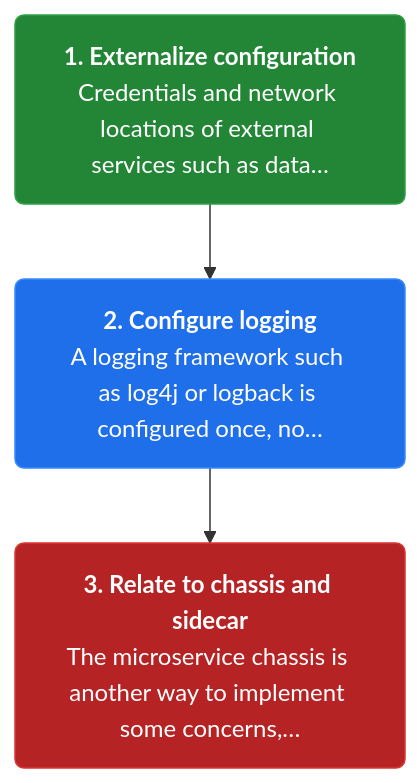
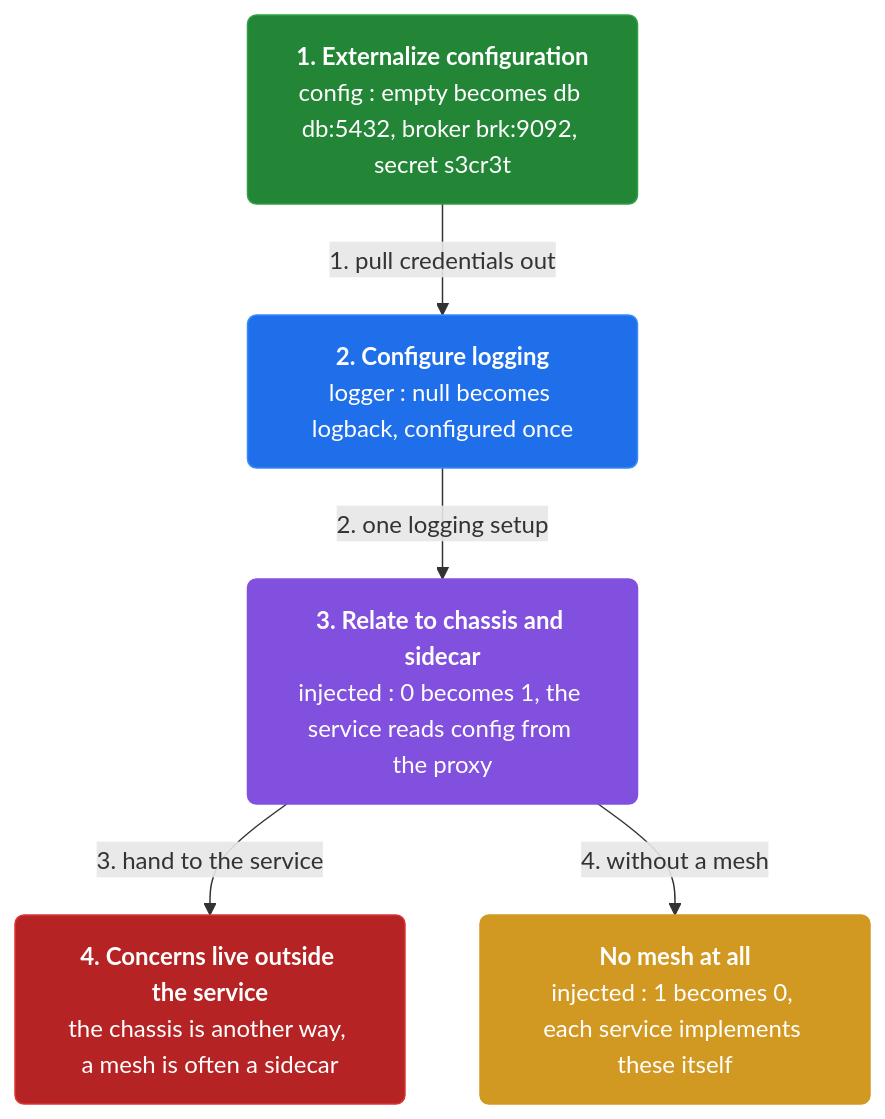
Before and after one commit to vinayakuber/microservices-io-study-guide: the fourth of 4 diagrams in docs/ch40-service-mesh.md, drawn with Mermaid. The commit also changed other lines of this file and 46 other files, not shown here.

First line of the commit message:
Author rich branching flow diagrams for all 44 chapters

````diff
--- a/docs/ch40-service-mesh.md
+++ b/docs/ch40-service-mesh.md
@@ -125,11 +143,17 @@
 ```mermaid
 flowchart TD
-  classDef step fill:#1f6feb,color:#ffffff,stroke:#388bfd,stroke-width:1px,rx:6
+  classDef step fill:#1f6feb,color:#ffffff,stroke:#388bfd,rx:6
+  classDef core fill:#8250df,color:#ffffff,stroke:#8250df,rx:6
+  classDef warn fill:#d29922,color:#ffffff,stroke:#d29922,rx:6
   classDef start fill:#238636,color:#ffffff,stroke:#2ea043,rx:6
   classDef stop fill:#b62324,color:#ffffff,stroke:#da3633,rx:6
-  s3n0["<b>1. Externalize configuration</b><br/>Credentials and network locations of external services such as data…"]:::start
-  s3n1["<b>2. Configure logging</b><br/>A logging framework such as log4j or logback is configured once, no…"]:::step
-  s3n2["<b>3. Relate to chassis and sidecar</b><br/>The microservice chassis is another way to implement some concerns,…"]:::stop
-  s3n0 --> s3n1
-  s3n1 --> s3n2
+  n0["<b>1. Externalize configuration</b><br/>config : empty becomes db db:5432, broker brk:9092, secret s3cr3t"]:::start
+  n1["<b>2. Configure logging</b><br/>logger : null becomes logback, configured once"]:::step
+  n2["<b>3. Relate to chassis and sidecar</b><br/>injected : 0 becomes 1, the service reads config from the proxy"]:::core
+  n3["<b>4. Concerns live outside the service</b><br/>the chassis is another way, a mesh is often a sidecar"]:::stop
+  n4["<b>No mesh at all</b><br/>injected : 1 becomes 0, each service implements these itself"]:::warn
+  n0 -->|"1. pull credentials out"| n1
+  n1 -->|"2. one logging setup"| n2
+  n2 -->|"3. hand to the service"| n3
+  n2 -->|"4. without a mesh"| n4
 ```
````
